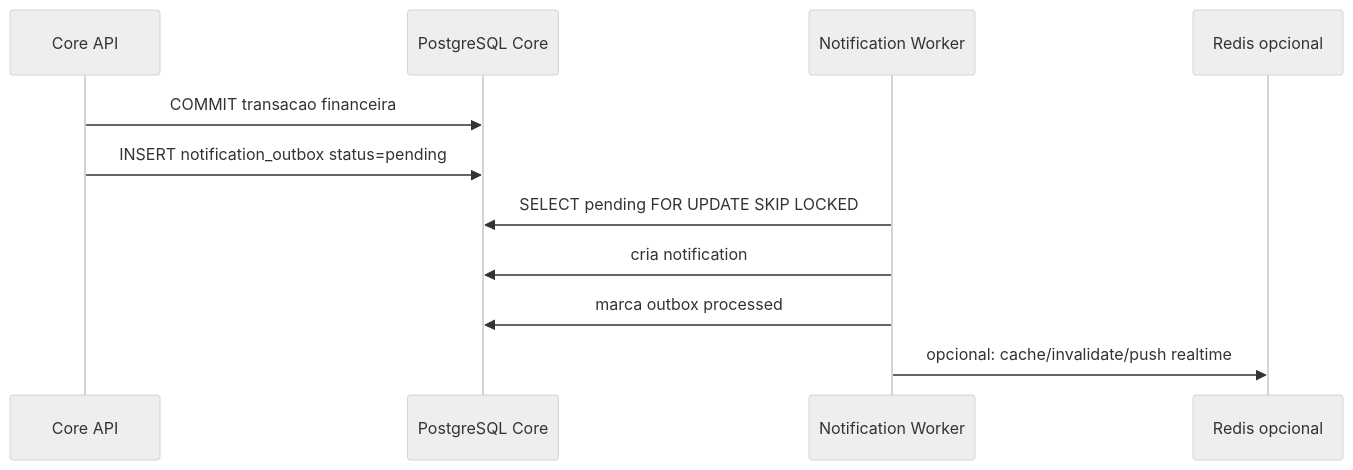
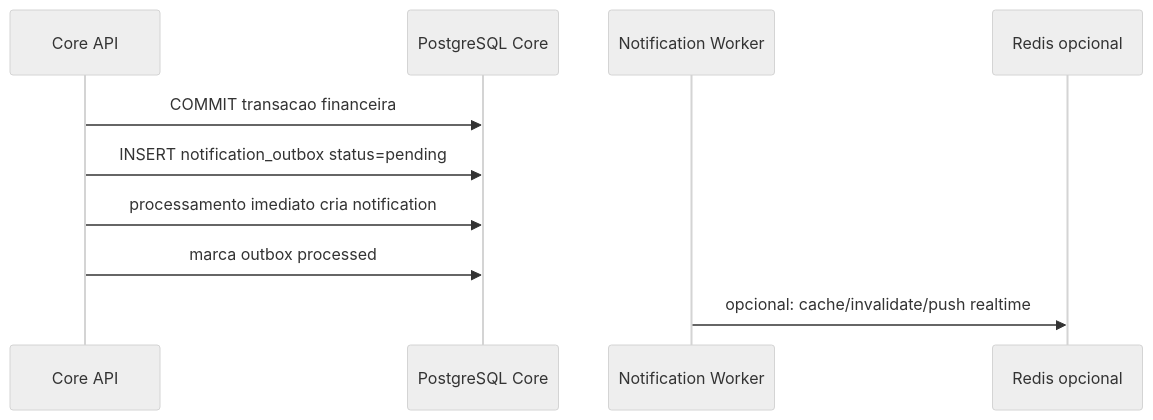
One commit to gfdmarco/BootcampQITechG33 changed the fifth of 10 diagrams in docs/modulos_risk_customer_notification_qitech.md. Above: the diagram before and after it, drawn with Mermaid (neutral theme). The commit also changed other lines of this file and 11 other files, not shown here.

````diff
--- a/docs/modulos_risk_customer_notification_qitech.md
+++ b/docs/modulos_risk_customer_notification_qitech.md
@@ -223,14 +239,13 @@
 ```mermaid
 sequenceDiagram
     participant Core as Core API
     participant DB as PostgreSQL Core
     participant Worker as Notification Worker
     participant Redis as Redis opcional
 
     Core->>DB: COMMIT transacao financeira
     Core->>DB: INSERT notification_outbox status=pending
-    Worker->>DB: SELECT pending FOR UPDATE SKIP LOCKED
-    Worker->>DB: cria notification
-    Worker->>DB: marca outbox processed
+    Core->>DB: processamento imediato cria notification
+    Core->>DB: marca outbox processed
     Worker->>Redis: opcional: cache/invalidate/push realtime
 ```
````
